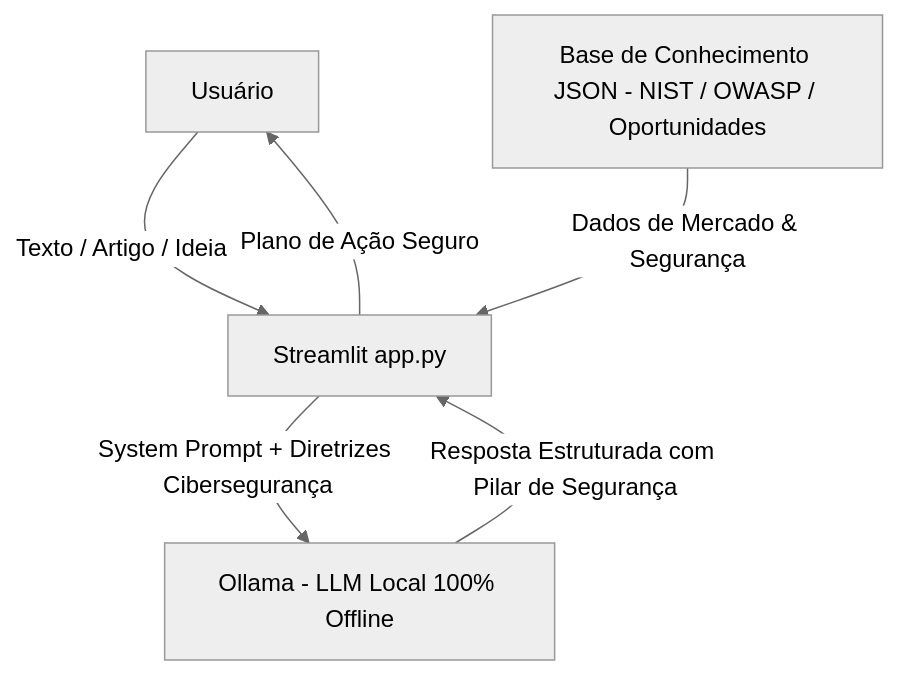
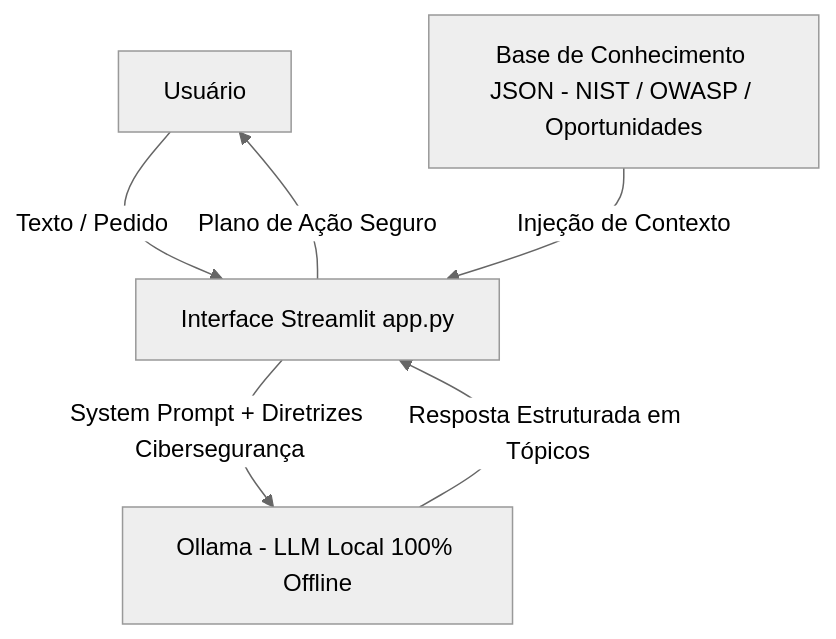
Before and after one commit to NizaoSilva/dio-lab-bia-do-futuro: the diagram in README.md, drawn with Mermaid (neutral theme). The commit also changed other lines of this file, not shown here.

````diff
--- a/README.md
+++ b/README.md
@@ -21,8 +27,8 @@
 ```mermaid
 flowchart TD
-    A[Usuário] -->|Texto / Artigo / Ideia| B[Streamlit app.py]
+    A[Usuário] -->|Texto / Pedido| B[Interface Streamlit app.py]
     B -->|System Prompt + Diretrizes Cibersegurança| C[Ollama - LLM Local 100% Offline]
-    D[Base de Conhecimento JSON - NIST / OWASP / Oportunidades] -->|Dados de Mercado & Segurança| B
-    C -->|Resposta Estruturada com Pilar de Segurança| B
+    D[Base de Conhecimento JSON - NIST / OWASP / Oportunidades] -->|Injeção de Contexto| B
+    C -->|Resposta Estruturada em Tópicos| B
     B -->|Plano de Ação Seguro| A
 ```
````
